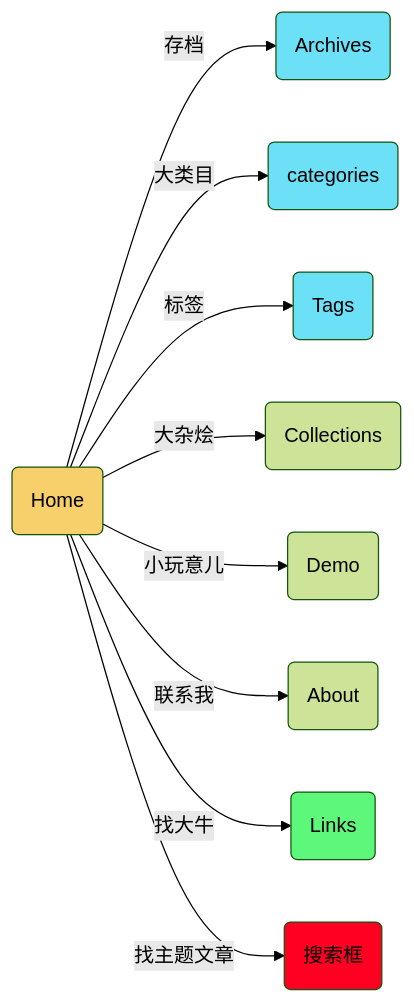
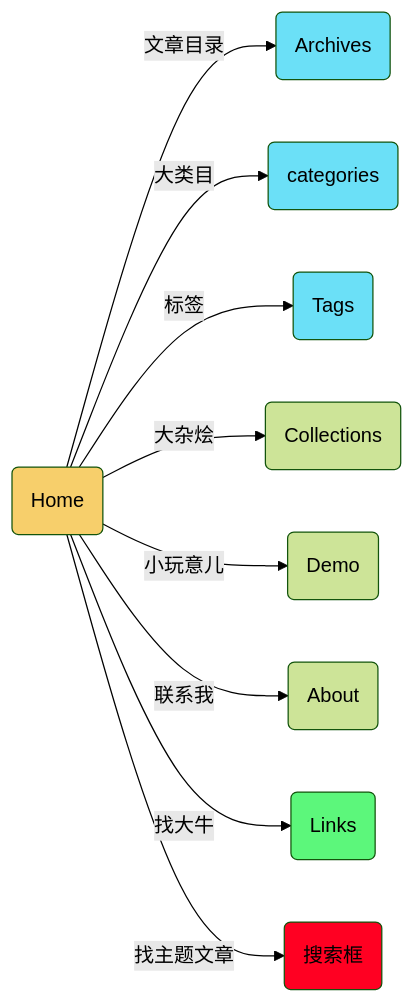
One commit to Gaohaoyang/gaohaoyang.github.io changed the diagram in _posts/2010-01-01-navigation.md. Above: the diagram before and after it, drawn with Mermaid (forest theme). The commit also changed other lines of this file, not shown here.

```diff
--- a/_posts/2010-01-01-navigation.md
+++ b/_posts/2010-01-01-navigation.md
@@ -35,19 +52,26 @@
 <div class="mermaid">
     graph LR
     A(Home):::s
     classDef s fill:#C8D64B;
     style A fill:#F7CF6B;
     style B fill:#6BE0F7;
     style C fill:#6BE0F7;
     style D fill:#6BE0F7;
     style H fill:#5CF77B;
     style I fill:#f02;
-    A -->|存档| B(Archives)
+    A -->|文章目录| B(Archives)
     A -->|大类目| C(categories)
     A -->|标签| D(Tags)
     A -->|大杂烩| E(Collections)
     A -->|小玩意儿| F(Demo)
     A -->|联系我| G(About)
     A -->|找大牛| H(Links)
     A -->|找主题文章| I(搜索框)
+    click A "https://wqw547243068.github.io/" "主页"
+    click B "https://wqw547243068.github.io/archive" "文章目录"
+    click C "https://wqw547243068.github.io/category" "大类目"
+    click D "https://wqw547243068.github.io/tag" "标签索引"
+    click E "https://wqw547243068.github.io/collection" "大类目"
+    click F "https://wqw547243068.github.io/demo" "Demo"
+    click G "https://wqw547243068.github.io/about" "找我"
 </div>
```
